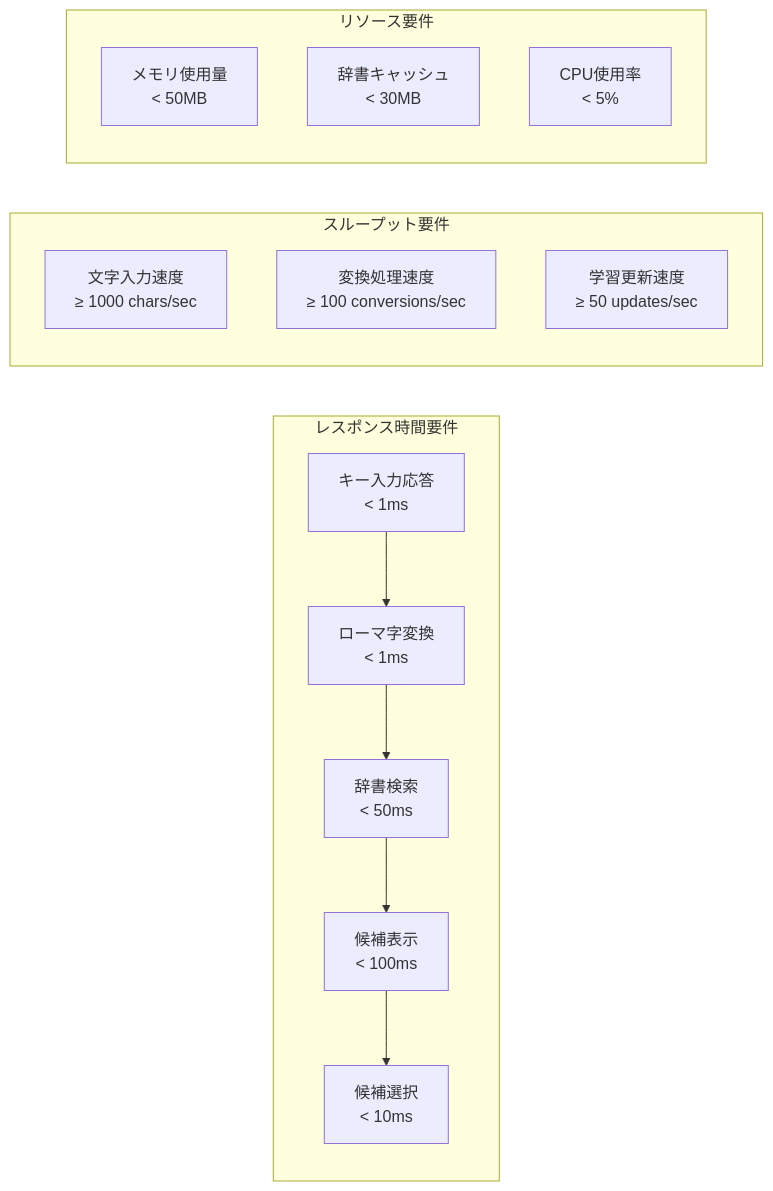
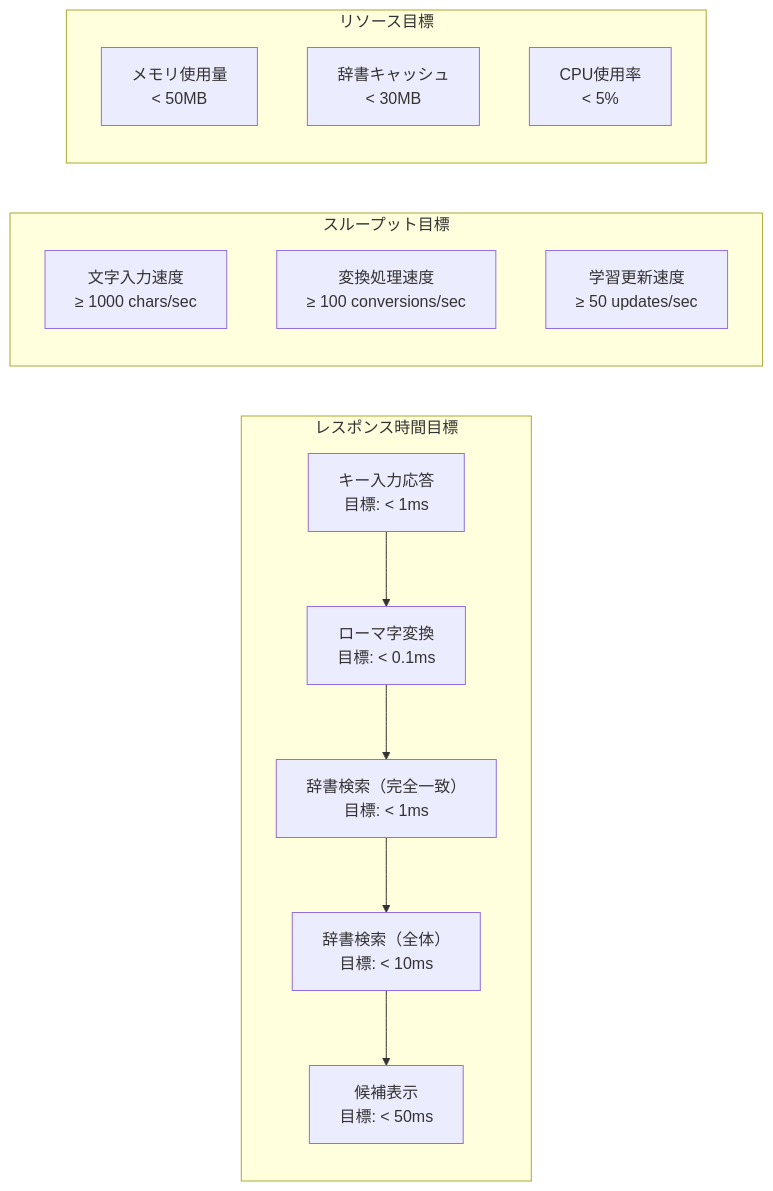
Before and after one commit to takeokunn/nskk.el: the first of 4 diagrams in docs/explanation/performance-benchmarks.md, drawn with Mermaid. The commit also changed other lines of this file and 300 other files, not shown here.

````diff
--- a/docs/explanation/performance-benchmarks.md
+++ b/docs/explanation/performance-benchmarks.md
@@ -11,21 +11,21 @@
 ```mermaid
 graph LR
-    subgraph "レスポンス時間要件"
-        A[キー入力応答<br/>< 1ms] --> B[ローマ字変換<br/>< 1ms]
-        B --> C[辞書検索<br/>< 50ms]
-        C --> D[候補表示<br/>< 100ms]
-        D --> E[候補選択<br/>< 10ms]
+    subgraph "レスポンス時間目標"
+        A[キー入力応答<br/>目標: < 1ms] --> B[ローマ字変換<br/>目標: < 0.1ms]
+        B --> C[辞書検索（完全一致）<br/>目標: < 1ms]
+        C --> D[辞書検索（全体）<br/>目標: < 10ms]
+        D --> E[候補表示<br/>目標: < 50ms]
     end
 
-    subgraph "スループット要件"
+    subgraph "スループット目標"
         F[文字入力速度<br/>≥ 1000 chars/sec]
         G[変換処理速度<br/>≥ 100 conversions/sec]
         H[学習更新速度<br/>≥ 50 updates/sec]
     end
 
-    subgraph "リソース要件"
+    subgraph "リソース目標"
         I[メモリ使用量<br/>< 50MB]
         J[辞書キャッシュ<br/>< 30MB]
         K[CPU使用率<br/>< 5%]
     end
 ```
````
